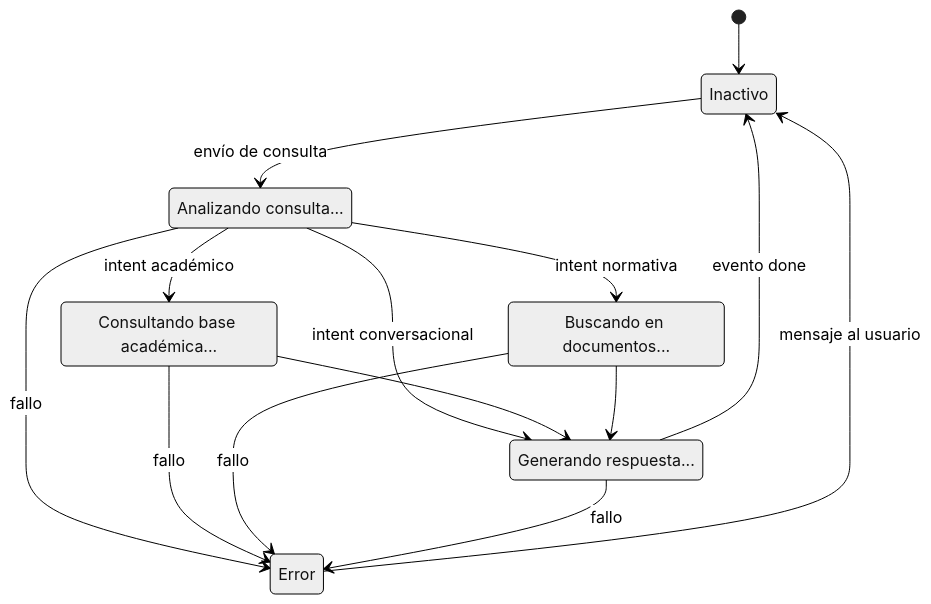
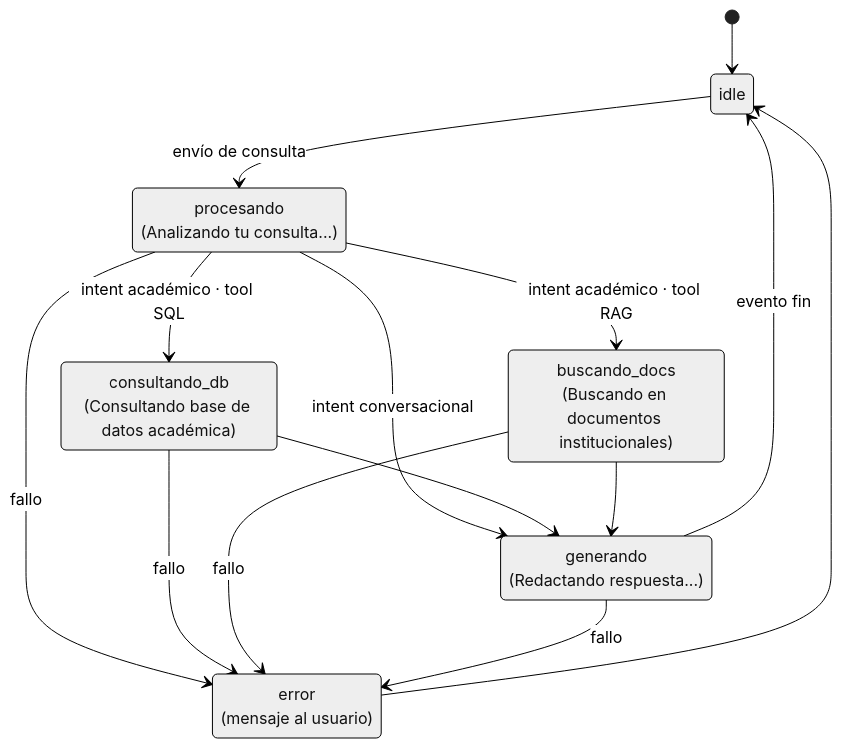
Before and after one commit to dariel94/asistente-academico: the fifth of 17 diagrams in tesis.md, drawn with Mermaid (neutral theme). The commit also changed other lines of this file and 1 other file, not shown here.

````diff
--- a/tesis.md
+++ b/tesis.md
@@ -626,27 +629,28 @@
 ```mermaid
 stateDiagram-v2
     direction TB
 
-    [*] --> Inactivo
-    Inactivo --> Analizando: envío de consulta
+    [*] --> idle
+    idle --> procesando: envío de consulta
 
-    state "Analizando consulta..." as Analizando
-    state "Consultando base académica..." as ConsultandoSQL
-    state "Buscando en documentos..." as BuscandoDocs
-    state "Generando respuesta..." as Generando
+    state "procesando<br/>(Analizando tu consulta...)" as procesando
+    state "consultando_db<br/>(Consultando base de datos académica)" as consultando_db
+    state "buscando_docs<br/>(Buscando en documentos institucionales)" as buscando_docs
+    state "generando<br/>(Redactando respuesta...)" as generando
+    state "error<br/>(mensaje al usuario)" as error
 
-    Analizando --> ConsultandoSQL: intent académico
-    Analizando --> BuscandoDocs: intent normativa
-    Analizando --> Generando: intent conversacional
+    procesando --> consultando_db: intent académico · tool SQL
+    procesando --> buscando_docs: intent académico · tool RAG
+    procesando --> generando: intent conversacional
 
-    ConsultandoSQL --> Generando
-    BuscandoDocs --> Generando
+    consultando_db --> generando
+    buscando_docs --> generando
 
-    Generando --> Inactivo: evento done
+    generando --> idle: evento fin
 
-    Analizando --> Error: fallo
-    ConsultandoSQL --> Error: fallo
-    BuscandoDocs --> Error: fallo
-    Generando --> Error: fallo
-    Error --> Inactivo: mensaje al usuario
+    procesando --> error: fallo
+    consultando_db --> error: fallo
+    buscando_docs --> error: fallo
+    generando --> error: fallo
+    error --> idle
 ```
````
